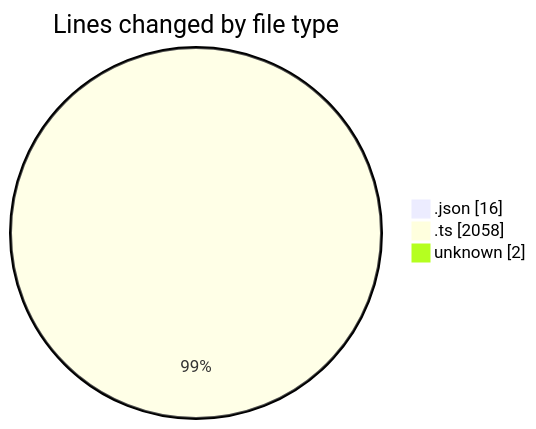
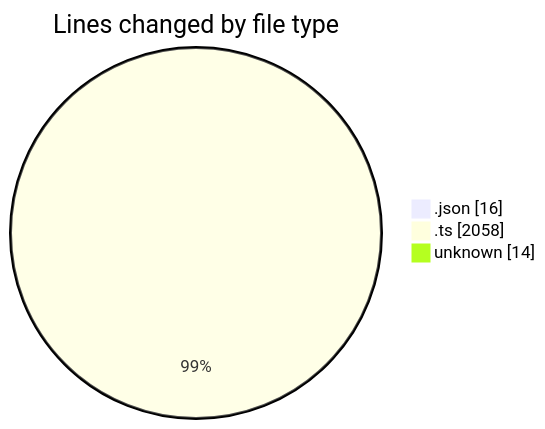
Before and after one commit to tmsrecording-cyber/code-tracking: the first of 2 diagrams in 2026-02-01/singularitybrainai/README.md, drawn with Mermaid. The commit also changed other lines of this file and 1 other file, not shown here.

````diff
--- a/2026-02-01/singularitybrainai/README.md
+++ b/2026-02-01/singularitybrainai/README.md
@@ -24,7 +24,7 @@
 ```mermaid
 pie showData
 title Lines changed by file type
 ".json" : 16
 ".ts" : 2058
-"unknown" : 2
+"unknown" : 14
 ```
````
